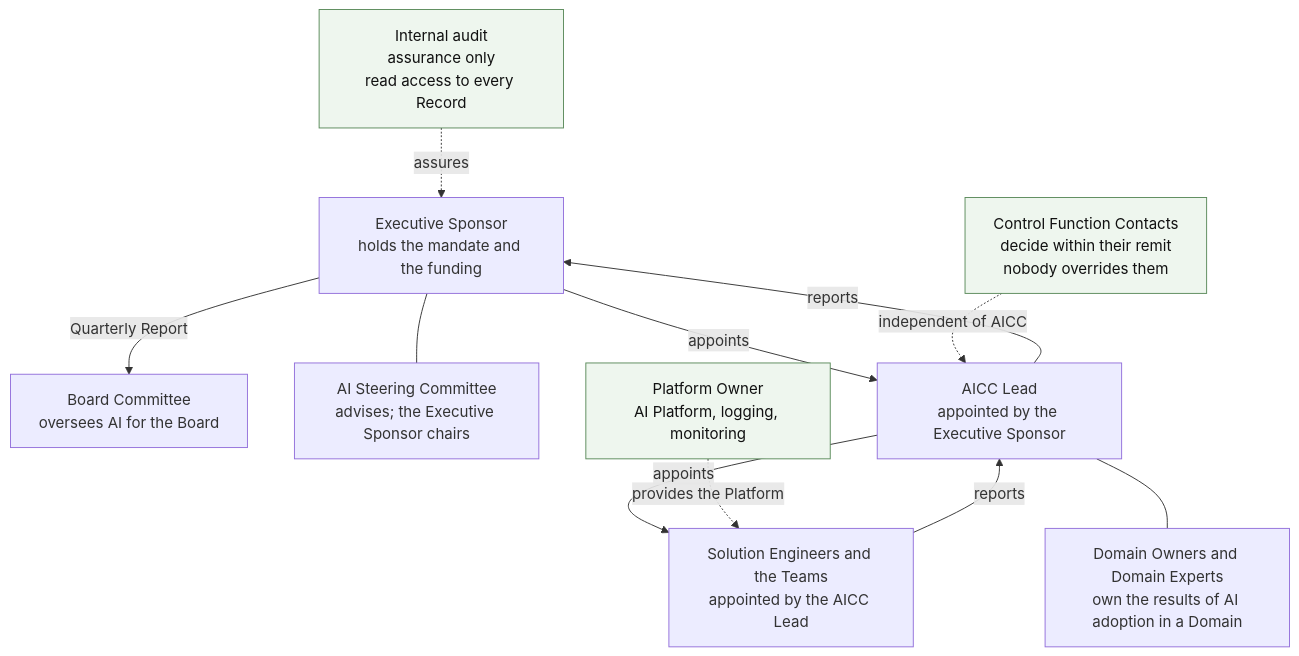
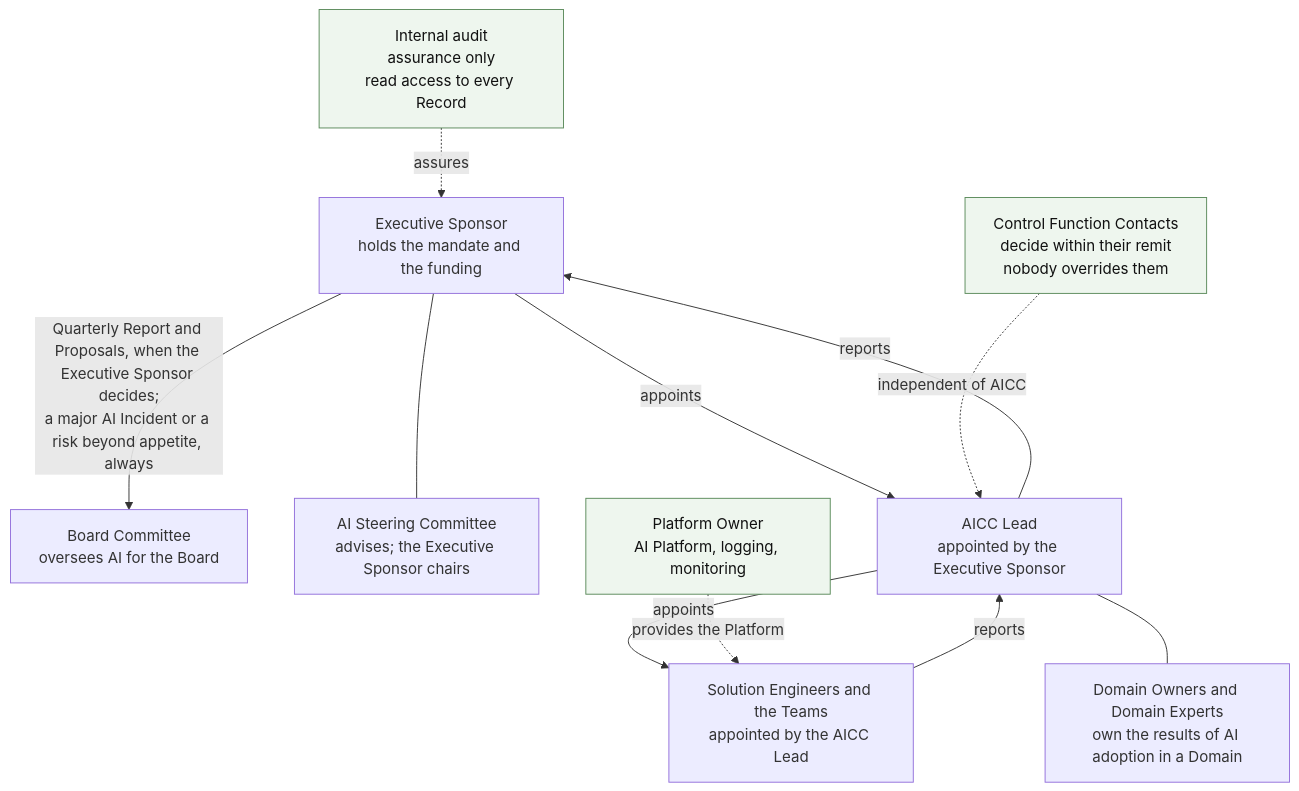
The first of 3 diagrams in charter/en/guides/unit-governance-guide.md (devhogu/ob-aicc), drawn with Mermaid before and after one commit. The commit also changed other lines of this file and 1 other file, not shown here.

````diff
--- a/charter/en/guides/unit-governance-guide.md
+++ b/charter/en/guides/unit-governance-guide.md
@@ -13,24 +13,24 @@
 ```mermaid
 flowchart TB
   BD["Board Committee<br/>oversees AI for the Board"]
   ES["Executive Sponsor<br/>holds the mandate and the funding"]
   AS["AI Steering Committee<br/>advises; the Executive Sponsor chairs"]
   AL["AICC Lead<br/>appointed by the Executive Sponsor"]
   TM["Solution Engineers and the Teams<br/>appointed by the AICC Lead"]
   DO["Domain Owners and Domain Experts<br/>own the results of AI adoption in a Domain"]
   CF["Control Function Contacts<br/>decide within their remit<br/>nobody overrides them"]
   PO["Platform Owner<br/>AI Platform, logging, monitoring"]
   IA["Internal audit<br/>assurance only<br/>read access to every Record"]
   ES -->|"appoints"| AL
   ES --- AS
   AL -->|"appoints"| TM
   AL --- DO
   TM -->|"reports"| AL
   AL -->|"reports"| ES
-  ES -->|"Quarterly Report"| BD
+  ES -->|"Quarterly Report and Proposals, when the Executive Sponsor decides;<br/>a major AI Incident or a risk beyond appetite, always"| BD
   CF -.->|"independent of AICC"| AL
   PO -.->|"provides the Platform"| TM
   IA -.->|"assures"| ES
   classDef ext fill:#eef6ee,stroke:#5a8a5a,color:#111
   class CF,PO,IA ext
 ```
````
